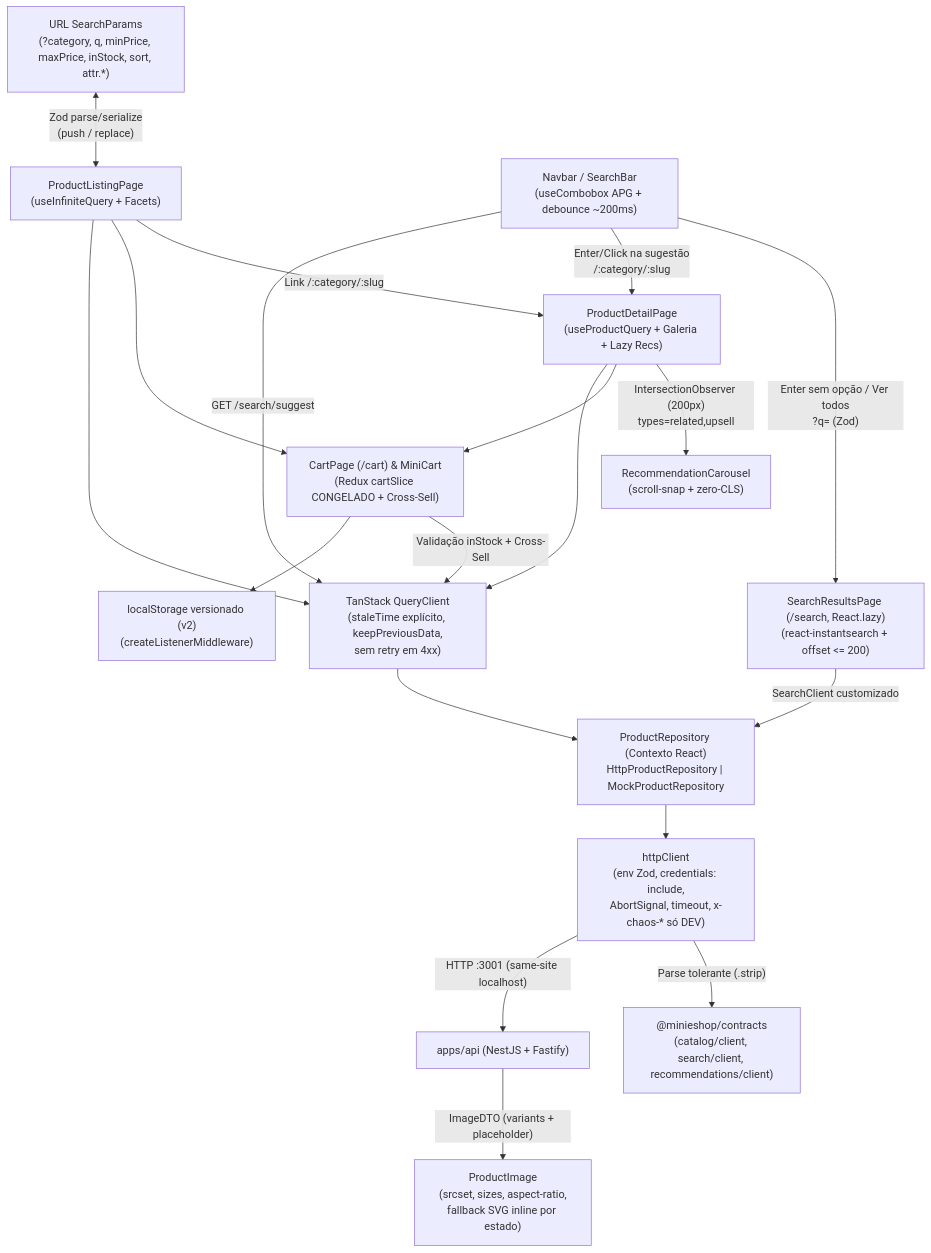
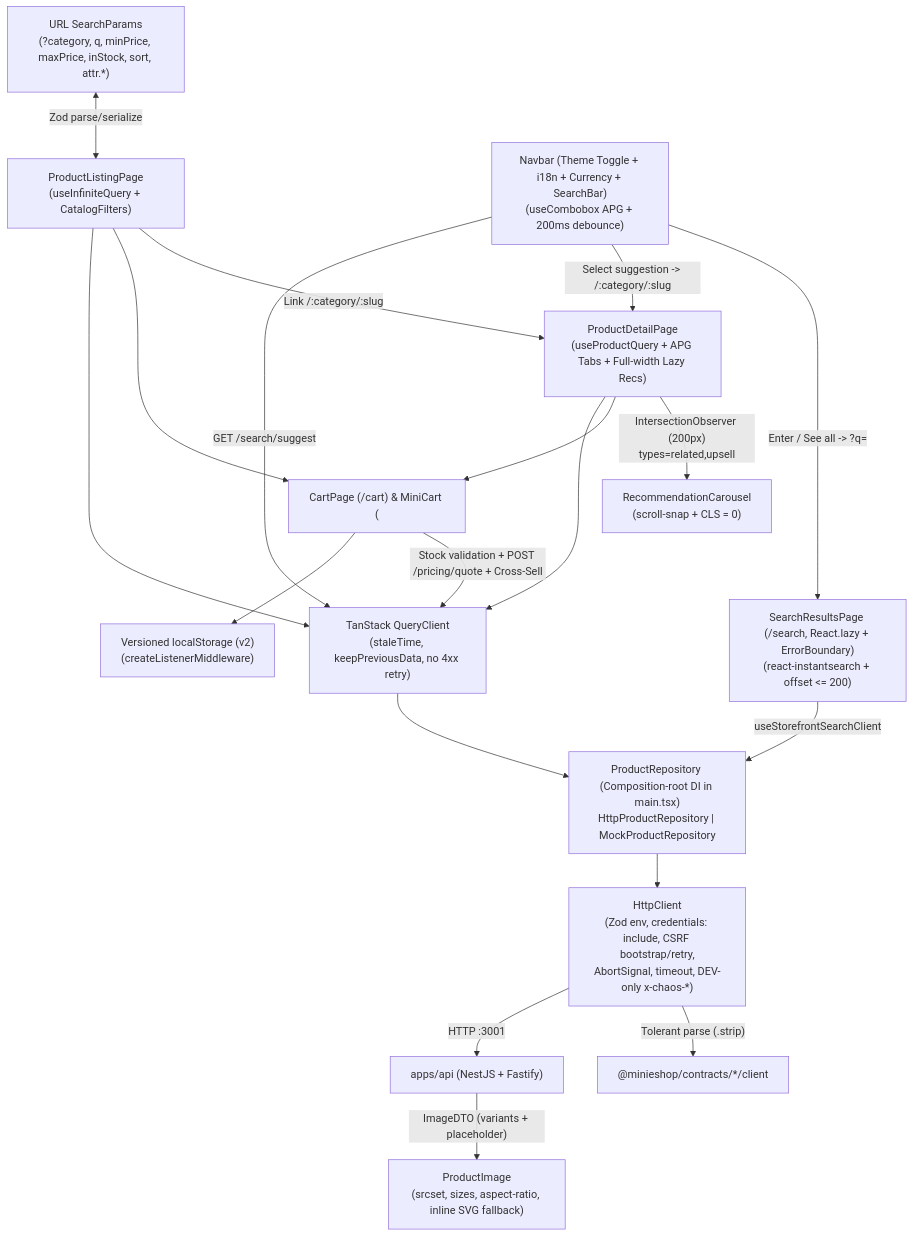
Before and after one commit to Luiquecruz/minie-shop: the third of 3 diagrams in docs/architecture.md, drawn with Mermaid. The commit also changed other lines of this file and 23 other files, not shown here.

````diff
--- a/docs/architecture.md
+++ b/docs/architecture.md
@@ -90,23 +97,23 @@
 ```mermaid
 flowchart TD
-  URL["URL SearchParams\n(?category, q, minPrice, maxPrice, inStock, sort, attr.*)"] <-->|"Zod parse/serialize\n(push / replace)"| PLP["ProductListingPage\n(useInfiniteQuery + Facets)"]
-  NAV["Navbar / SearchBar\n(useCombobox APG + debounce ~200ms)"] -->|"Enter sem opção / Ver todos\n?q= (Zod)"| SRP["SearchResultsPage (/search, React.lazy)\n(react-instantsearch + offset <= 200)"]
-  NAV -->|"Enter/Click na sugestão\n/:category/:slug"| PDP
-  PLP -->|"Link /:category/:slug"| PDP["ProductDetailPage\n(useProductQuery + Galeria + Lazy Recs)"]
-  PDP -->|"IntersectionObserver (200px)\ntypes=related,upsell"| RC["RecommendationCarousel\n(scroll-snap + zero-CLS)"]
-  PLP --> Cart["CartPage (/cart) & MiniCart\n(Redux cartSlice CONGELADO + Cross-Sell)"]
+  URL["URL SearchParams\n(?category, q, minPrice, maxPrice, inStock, sort, attr.*)"] <-->|"Zod parse/serialize"| PLP["ProductListingPage\n(useInfiniteQuery + CatalogFilters)"]
+  NAV["Navbar (Theme Toggle + i18n + Currency + SearchBar)\n(useCombobox APG + 200ms debounce)"] -->|"Enter / See all -> ?q="| SRP["SearchResultsPage (/search, React.lazy + ErrorBoundary)\n(react-instantsearch + offset <= 200)"]
+  NAV -->|"Select suggestion -> /:category/:slug"| PDP
+  PLP -->|"Link /:category/:slug"| PDP["ProductDetailPage\n(useProductQuery + APG Tabs + Full-width Lazy Recs)"]
+  PDP -->|"IntersectionObserver (200px)\ntypes=related,upsell"| RC["RecommendationCarousel\n(scroll-snap + CLS = 0)"]
+  PLP --> Cart["CartPage (/cart) & MiniCart (<dialog>)\n(Frozen cartSlice + Inline Cross-Sell)"]
   PDP --> Cart
 
-  PLP --> RQ["TanStack QueryClient\n(staleTime explícito, keepPreviousData,\nsem retry em 4xx)"]
+  PLP --> RQ["TanStack QueryClient\n(staleTime, keepPreviousData, no 4xx retry)"]
   NAV -->|"GET /search/suggest"| RQ
   PDP --> RQ
-  SRP -->|"SearchClient customizado"| Repo
-  Cart -->|"Validação inStock + Cross-Sell"| RQ
+  SRP -->|"useStorefrontSearchClient"| Repo
+  Cart -->|"Stock validation + POST /pricing/quote + Cross-Sell"| RQ
 
-  RQ --> Repo["ProductRepository (Contexto React)\nHttpProductRepository | MockProductRepository"]
-  Repo --> HTTP["httpClient\n(env Zod, credentials: include,\nAbortSignal, timeout, x-chaos-* só DEV)"]
-  HTTP -->|"Parse tolerante (.strip)"| Contracts["@minieshop/contracts\n(catalog/client, search/client, recommendations/client)"]
-  HTTP -->|"HTTP :3001 (same-site localhost)"| API["apps/api (NestJS + Fastify)"]
-  API -->|"ImageDTO (variants + placeholder)"| Img["ProductImage\n(srcset, sizes, aspect-ratio,\nfallback SVG inline por estado)"]
-  Cart --> LS["localStorage versionado (v2)\n(createListenerMiddleware)"]
+  RQ --> Repo["ProductRepository (Composition-root DI in main.tsx)\nHttpProductRepository | MockProductRepository"]
+  Repo --> HTTP["HttpClient\n(Zod env, credentials: include, CSRF bootstrap/retry,\nAbortSignal, timeout, DEV-only x-chaos-*)"]
+  HTTP -->|"Tolerant parse (.strip)"| Contracts["@minieshop/contracts/*/client"]
+  HTTP -->|"HTTP :3001"| API["apps/api (NestJS + Fastify)"]
+  API -->|"ImageDTO (variants + placeholder)"| Img["ProductImage\n(srcset, sizes, aspect-ratio, inline SVG fallback)"]
+  Cart --> LS["Versioned localStorage (v2)\n(createListenerMiddleware)"]
 ```
````
